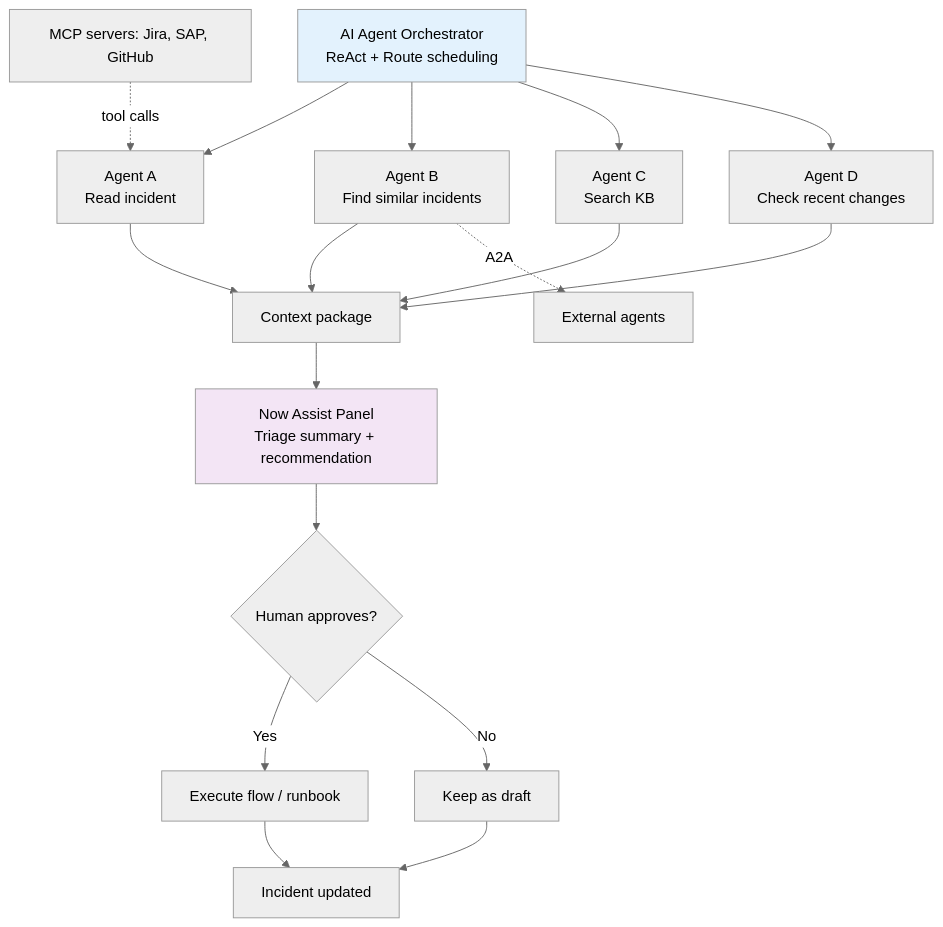
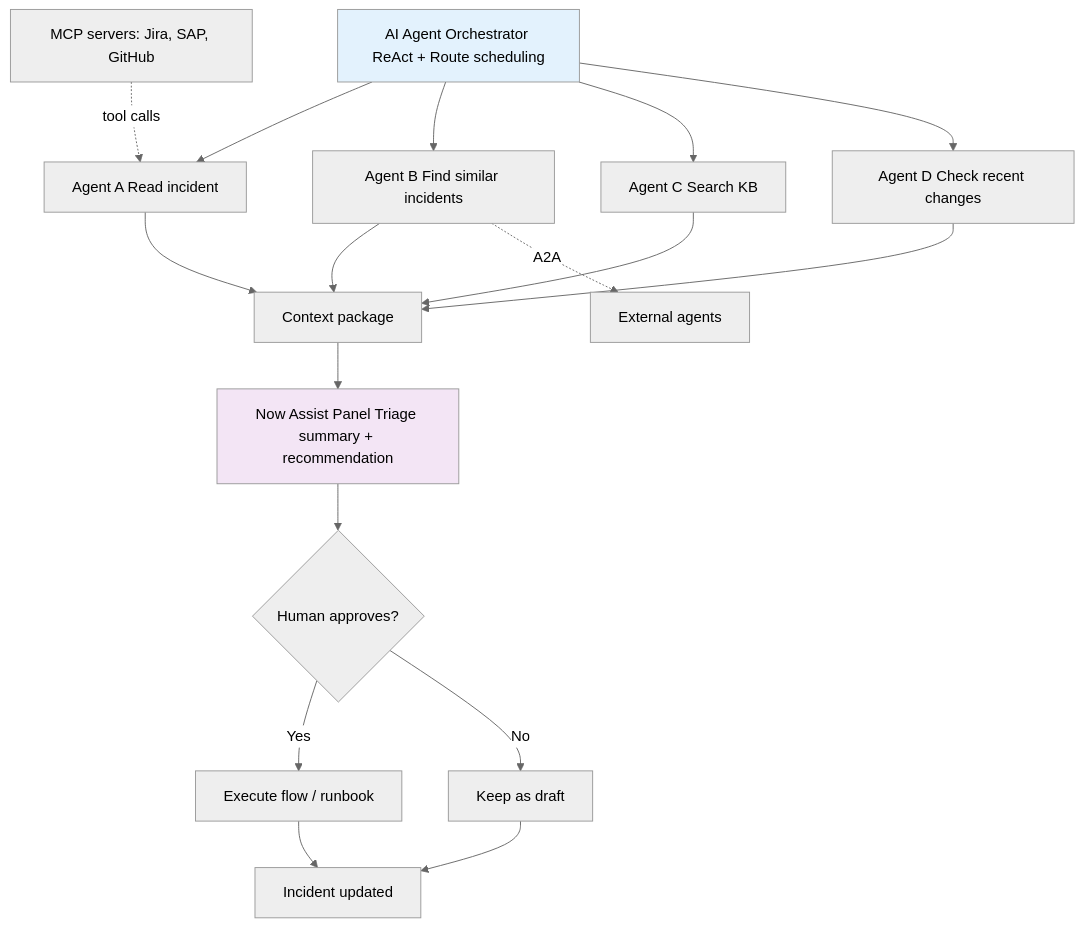
Before and after one commit to eltonaguiar/ServiceNow_Learning_TSOM-_CSM_FSM_SalesCRM_HAM_ITSM: the fifth of 6 diagrams in docs/modules/ai/ai-guide.md, drawn with Mermaid (neutral theme). The commit also changed other lines of this file and 11 other files, not shown here.

First line of the commit message:
Fix all mermaid diagrams: remove br/ tags that break rendering on GitHub Pages

````diff
--- a/docs/modules/ai/ai-guide.md
+++ b/docs/modules/ai/ai-guide.md
@@ -909,24 +909,24 @@
 ```mermaid
 graph TD
-    Orch[AI Agent Orchestrator<br/>ReAct + Route scheduling] --> A1[Agent A<br/>Read incident]
-    Orch --> A2[Agent B<br/>Find similar incidents]
-    Orch --> A3[Agent C<br/>Search KB]
-    Orch --> A4[Agent D<br/>Check recent changes]
+    Orch[AI Agent Orchestrator ReAct + Route scheduling] --> A1[Agent A Read incident]
+    Orch --> A2[Agent B Find similar incidents]
+    Orch --> A3[Agent C Search KB]
+    Orch --> A4[Agent D Check recent changes]
 
     A1 --> Merge[Context package]
     A2 --> Merge
     A3 --> Merge
     A4 --> Merge
-    Merge --> Panel[Now Assist Panel<br/>Triage summary + recommendation]
+    Merge --> Panel[Now Assist Panel Triage summary + recommendation]
     Panel --> Human{Human approves?}
     Human -->|Yes| Exec[Execute flow / runbook]
     Human -->|No| Draft[Keep as draft]
     Exec --> Done[Incident updated]
     Draft --> Done
 
     MCP[MCP servers: Jira, SAP, GitHub] -.->|tool calls| A1
     A2 -.->|A2A| Ext[External agents]
 
     style Orch fill:#e3f2fd,color:#000
     style Panel fill:#f3e5f5,color:#000
 ```
````
